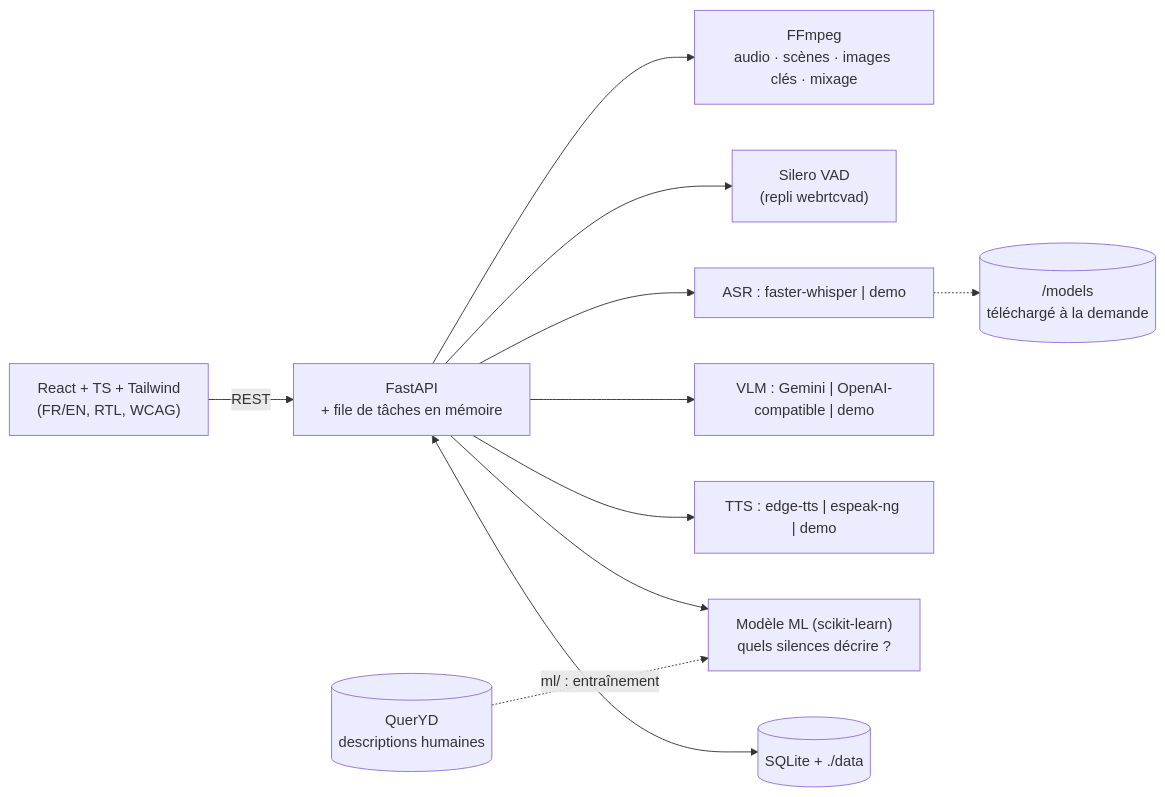
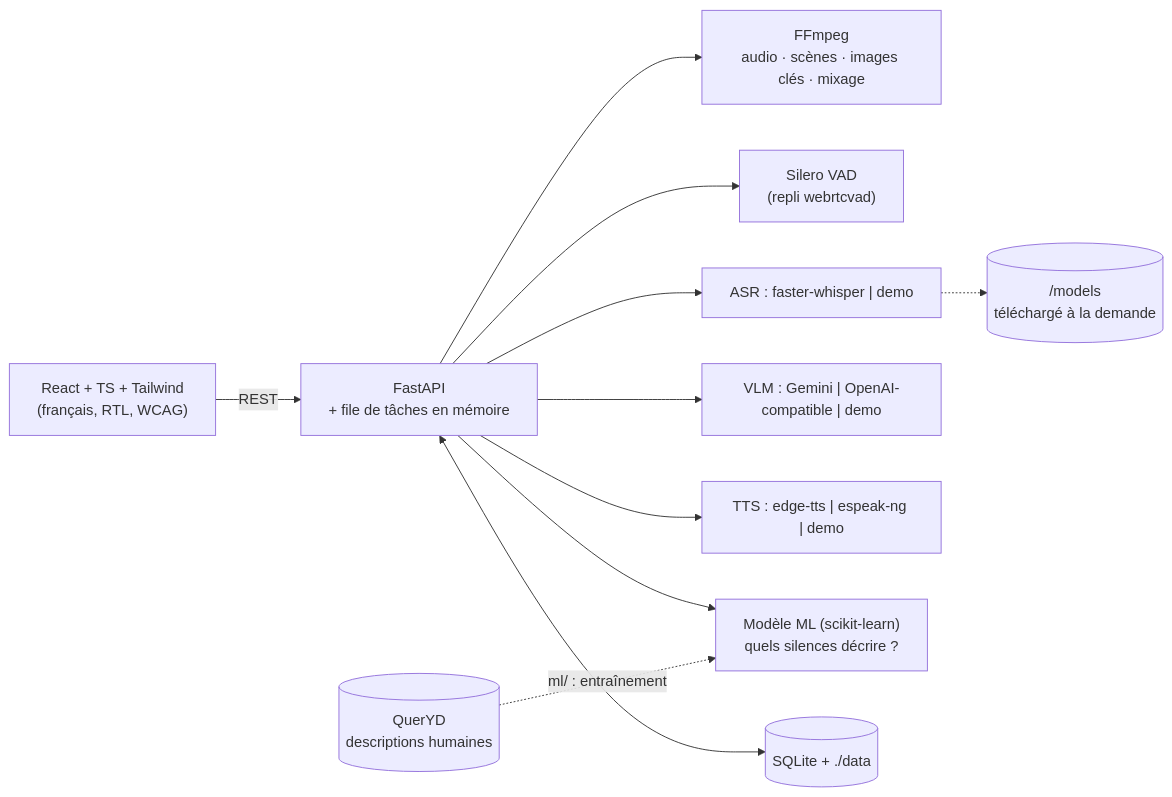
One commit to LouaySaidani/hackathonjunior changed the diagram in README.md. Above: the diagram before and after it, drawn with Mermaid. The commit also changed other lines of this file and 8 other files, not shown here.

````diff
--- a/README.md
+++ b/README.md
@@ -105,13 +105,13 @@
 ```mermaid
 flowchart LR
-  UI["React + TS + Tailwind<br/>(FR/EN, RTL, WCAG)"] -- REST --> API["FastAPI<br/>+ file de tâches en mémoire"]
+  UI["React + TS + Tailwind<br/>(français, RTL, WCAG)"] -- REST --> API["FastAPI<br/>+ file de tâches en mémoire"]
   API --> FF["FFmpeg<br/>audio · scènes · images clés · mixage"]
   API --> VAD["Silero VAD<br/>(repli webrtcvad)"]
   API --> ASR["ASR : faster-whisper | demo"]
   API --> VLM["VLM : Gemini | OpenAI-compatible | demo"]
   API --> TTS["TTS : edge-tts | espeak-ng | demo"]
   API --> ML["Modèle ML (scikit-learn)<br/>quels silences décrire ?"]
   API <--> DB[("SQLite + ./data")]
   ASR -.-> M[("/models<br/>téléchargé à la demande")]
   Q[("QuerYD<br/>descriptions humaines")] -. "ml/ : entraînement" .-> ML
 ```
````
